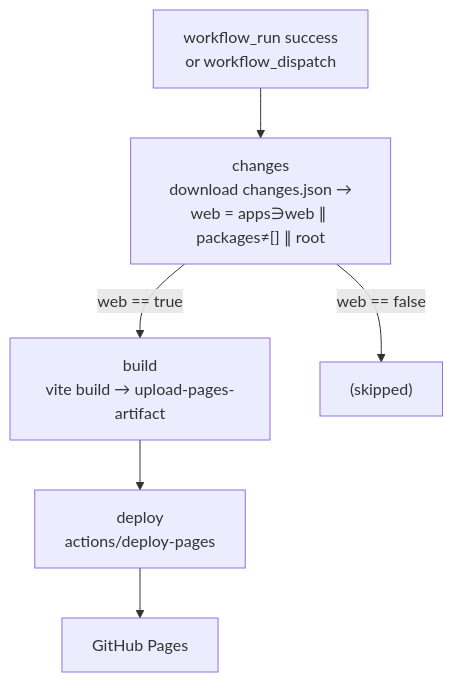
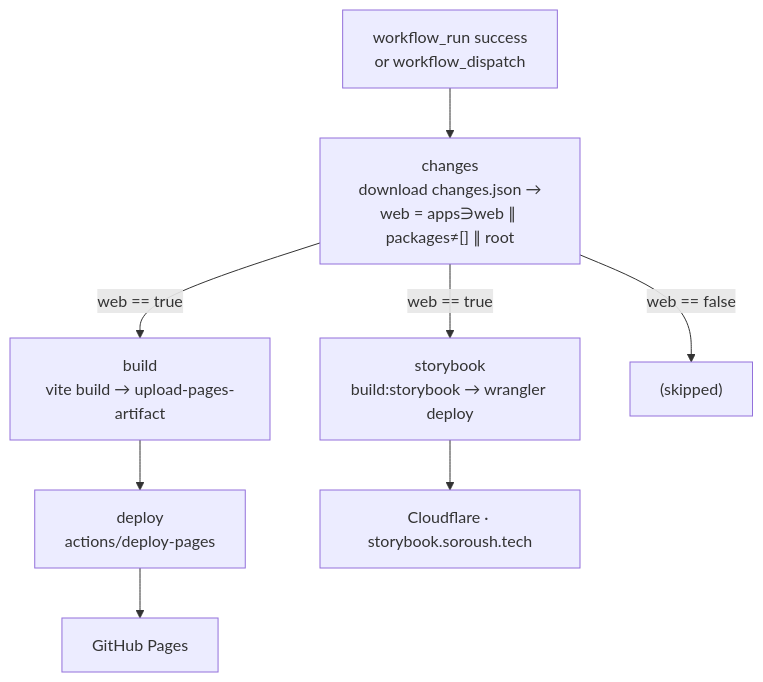
One commit to soroush-tech/core changed the fourth of 6 diagrams in .github/workflows/README.md. Above: the diagram before and after it, drawn with Mermaid. The commit also changed other lines of this file and 7 other files, not shown here.

First line of the commit message:
refactor(CI): deploy Storybook to Cloudflare Pages instead of a Worker

````diff
--- a/.github/workflows/README.md
+++ b/.github/workflows/README.md
@@ -152,8 +152,10 @@
 ```mermaid
 flowchart TD
     trig["workflow_run success<br/>or workflow_dispatch"] --> changes["changes<br/>download changes.json →<br/>web = apps∋web ∥ packages≠[] ∥ root"]
     changes -->|"web == true"| build["build<br/>vite build → upload-pages-artifact"]
+    changes -->|"web == true"| storybook["storybook<br/>build:storybook → wrangler deploy"]
     changes -->|"web == false"| skip["(skipped)"]
     build --> deploy["deploy<br/>actions/deploy-pages"]
     deploy --> pages["GitHub Pages"]
+    storybook --> cf["Cloudflare · storybook.soroush.tech"]
 ```
````
